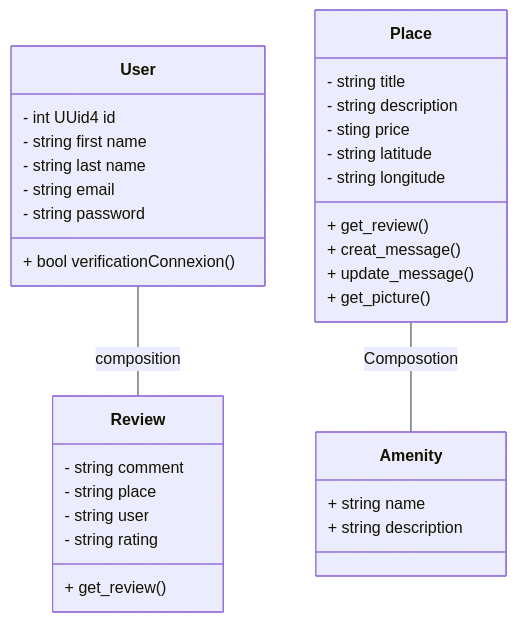
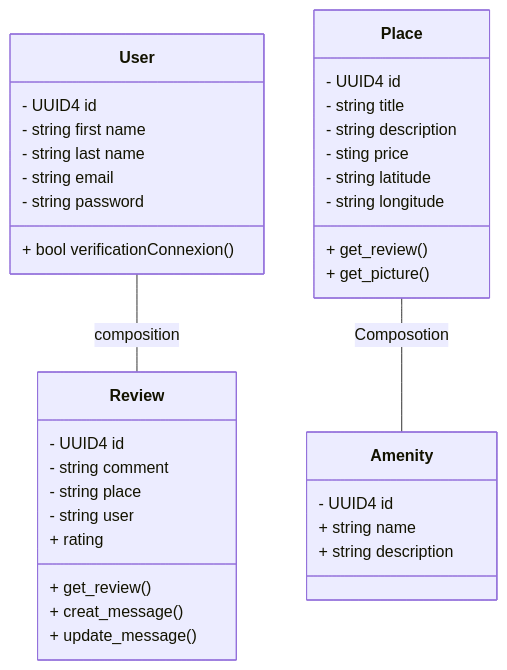
One commit to scotty800/holbertonschool-hbnb changed the diagram in part1/task_01/task_O1.mermaid. Above: the diagram before and after it, drawn with Mermaid.

Commit message:
update UML

```diff
--- a/part1/task_01/task_O1.mermaid
+++ b/part1/task_01/task_O1.mermaid
@@ -1,39 +1,42 @@
 classDiagram
     class User {
-    - int UUid4 id
+    - UUID4 id
     - string first name
     - string last name
     - string email
     - string password
     + bool verificationConnexion()
 }
     class Review {
+    - UUID4 id
     - string comment
     - string place
     - string user
-    - string rating
+    + rating
     + get_review()
+    + creat_message()
+    + update_message()
 }
 
 User -- Review : composition
 
 class Place {
+    - UUID4 id
     - string title
     - string description
     - sting price
     - string latitude
     - string longitude
     + get_review()
-    + creat_message()
-    + update_message()
     + get_picture()
 
 }
 
 class Amenity {
+    - UUID4 id
     + string name
     + string description
 
 }
 
 Place -- Amenity : Composotion
```
